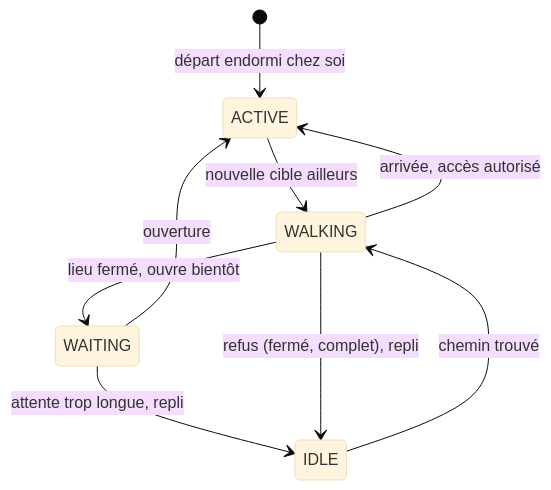
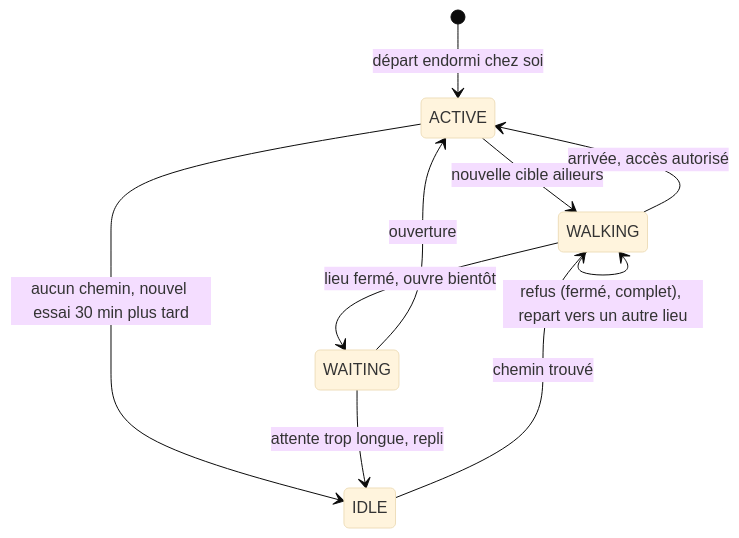
The second of 2 diagrams in ARCHITECTURE.md (JonathanCybSec/pixelcity), drawn with Mermaid (base theme) before and after one commit. The commit also changed other lines of this file and 8 other files, not shown here.

````diff
--- a/ARCHITECTURE.md
+++ b/ARCHITECTURE.md
@@ -103,11 +103,12 @@
 ```mermaid
 stateDiagram-v2
     [*] --> ACTIVE: départ endormi chez soi
     ACTIVE --> WALKING: nouvelle cible ailleurs
+    ACTIVE --> IDLE: aucun chemin, nouvel essai 30 min plus tard
     IDLE --> WALKING: chemin trouvé
     WALKING --> ACTIVE: arrivée, accès autorisé
     WALKING --> WAITING: lieu fermé, ouvre bientôt
+    WALKING --> WALKING: refus (fermé, complet), repart vers un autre lieu
     WAITING --> ACTIVE: ouverture
     WAITING --> IDLE: attente trop longue, repli
-    WALKING --> IDLE: refus (fermé, complet), repli
 ```
````
